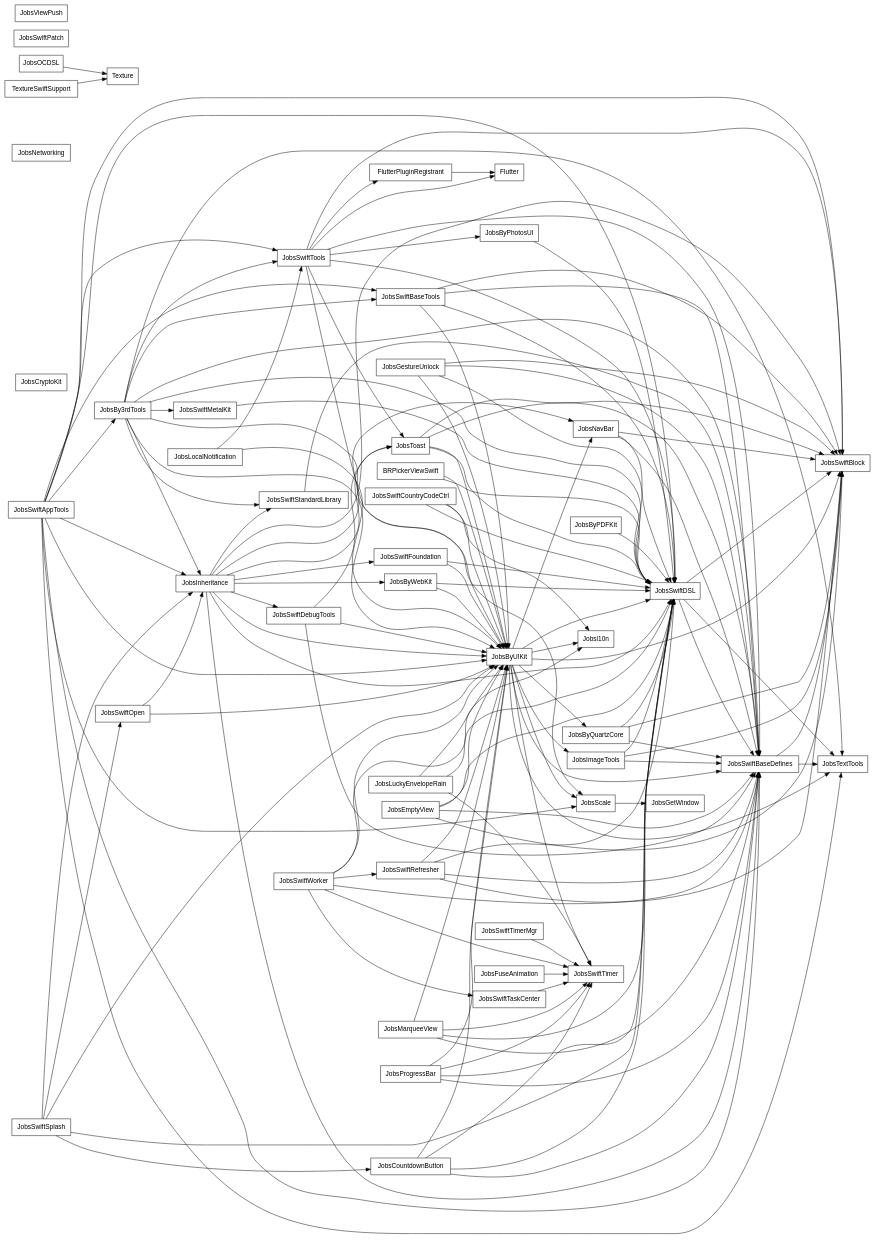
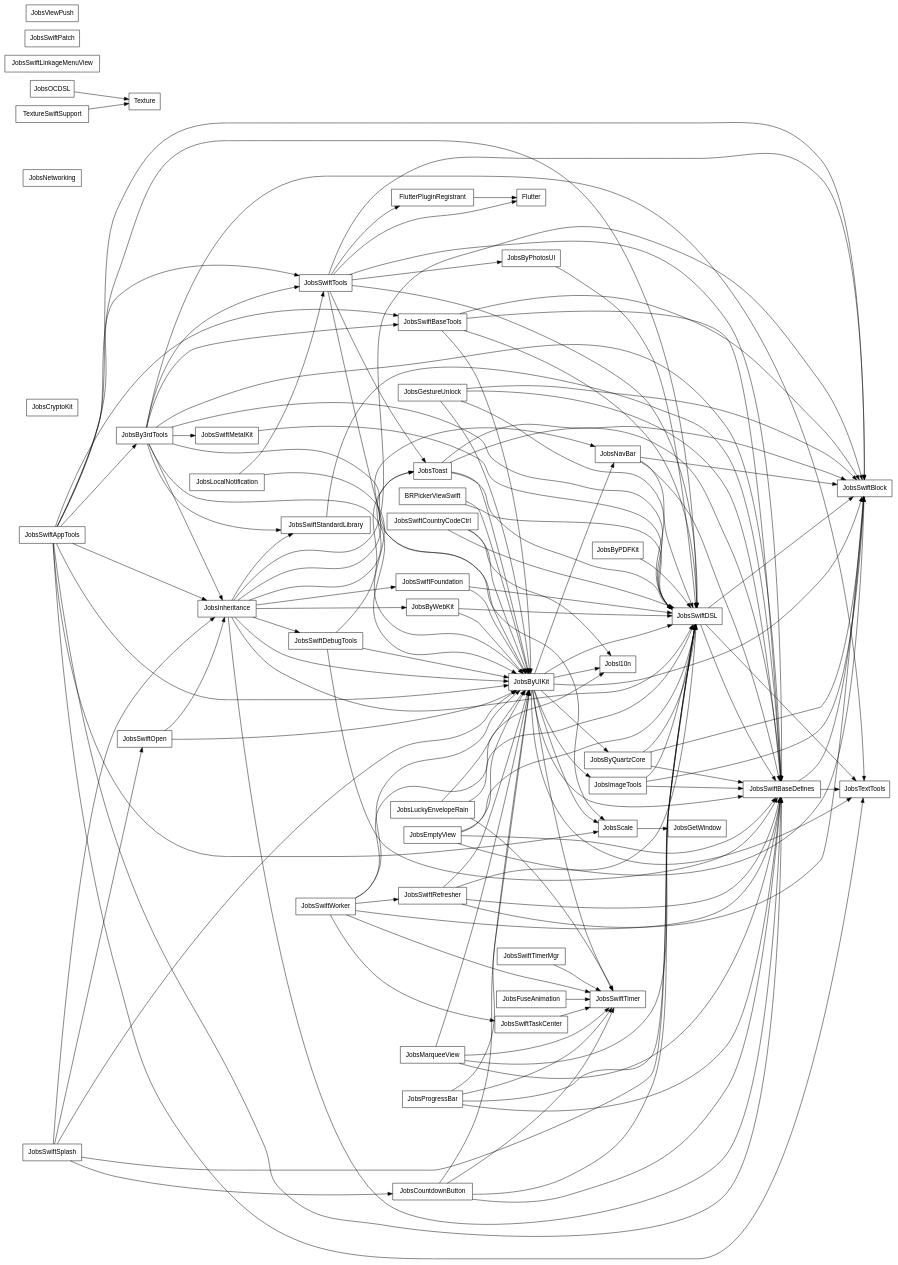
The diagram in PodspecDependencyReport/PodspecDependencies_internal.dot (JobsKits/JobsSwiftBaseConfigDemo), drawn with Graphviz before and after one commit. The commit also changed 22 other files, not shown here.

```diff
--- a/PodspecDependencyReport/PodspecDependencies_internal.dot
+++ b/PodspecDependencyReport/PodspecDependencies_internal.dot
@@ -1,189 +1,190 @@
 digraph PodspecDependencies {
   rankdir=LR;
   node [shape=box, fontname="Helvetica"];
   "BRPickerViewSwift";
   "Flutter";
   "FlutterPluginRegistrant";
   "JobsBy3rdTools";
   "JobsByPDFKit";
   "JobsByPhotosUI";
   "JobsByQuartzCore";
   "JobsByUIKit";
   "JobsByWebKit";
   "JobsCountdownButton";
   "JobsCryptoKit";
   "JobsEmptyView";
   "JobsFuseAnimation";
   "JobsGestureUnlock";
   "JobsGetWindow";
   "JobsImageTools";
   "JobsInheritance";
   "JobsLocalNotification";
   "JobsLuckyEnvelopeRain";
   "JobsMarqueeView";
   "JobsNavBar";
   "JobsNetworking";
   "JobsOCDSL";
   "JobsProgressBar";
   "JobsScale";
   "JobsSwiftAppTools";
   "JobsSwiftBaseDefines";
   "JobsSwiftBaseTools";
   "JobsSwiftBlock";
   "JobsSwiftCountryCodeCtrl";
   "JobsSwiftDSL";
   "JobsSwiftDebugTools";
   "JobsSwiftFoundation";
+  "JobsSwiftLinkageMenuView";
   "JobsSwiftMetalKit";
   "JobsSwiftOpen";
   "JobsSwiftPatch";
   "JobsSwiftRefresher";
   "JobsSwiftSplash";
   "JobsSwiftStandardLibrary";
   "JobsSwiftTaskCenter";
   "JobsSwiftTimer";
   "JobsSwiftTimerMgr";
   "JobsSwiftTools";
   "JobsSwiftWorker";
   "JobsTextTools";
   "JobsToast";
   "JobsViewPush";
   "Jobsl10n";
   "Texture";
   "TextureSwiftSupport";
   "BRPickerViewSwift" -> "JobsByUIKit";
   "BRPickerViewSwift" -> "JobsSwiftDSL";
   "FlutterPluginRegistrant" -> "Flutter";
   "JobsBy3rdTools" -> "JobsByUIKit";
   "JobsBy3rdTools" -> "JobsInheritance";
   "JobsBy3rdTools" -> "JobsScale";
   "JobsBy3rdTools" -> "JobsSwiftBaseDefines";
   "JobsBy3rdTools" -> "JobsSwiftBaseTools";
   "JobsBy3rdTools" -> "JobsSwiftDSL";
   "JobsBy3rdTools" -> "JobsSwiftMetalKit";
   "JobsBy3rdTools" -> "JobsSwiftStandardLibrary";
   "JobsBy3rdTools" -> "JobsSwiftTools";
   "JobsBy3rdTools" -> "JobsTextTools";
   "JobsByPDFKit" -> "JobsSwiftDSL";
   "JobsByPhotosUI" -> "JobsSwiftDSL";
   "JobsByQuartzCore" -> "JobsSwiftBaseDefines";
   "JobsByQuartzCore" -> "JobsSwiftBlock";
   "JobsByQuartzCore" -> "JobsSwiftDSL";
   "JobsByUIKit" -> "JobsByQuartzCore";
   "JobsByUIKit" -> "JobsImageTools";
   "JobsByUIKit" -> "JobsNavBar";
   "JobsByUIKit" -> "JobsScale";
   "JobsByUIKit" -> "JobsSwiftBaseDefines";
   "JobsByUIKit" -> "JobsSwiftBlock";
   "JobsByUIKit" -> "JobsSwiftDSL";
   "JobsByUIKit" -> "JobsSwiftTimer";
   "JobsByUIKit" -> "JobsTextTools";
   "JobsByUIKit" -> "Jobsl10n";
   "JobsByWebKit" -> "JobsByUIKit";
   "JobsByWebKit" -> "JobsSwiftDSL";
   "JobsCountdownButton" -> "JobsByUIKit";
   "JobsCountdownButton" -> "JobsSwiftBaseDefines";
   "JobsCountdownButton" -> "JobsSwiftDSL";
   "JobsCountdownButton" -> "JobsSwiftTimer";
   "JobsEmptyView" -> "JobsByUIKit";
   "JobsEmptyView" -> "JobsSwiftBaseDefines";
   "JobsEmptyView" -> "JobsSwiftBlock";
   "JobsEmptyView" -> "JobsSwiftDSL";
   "JobsFuseAnimation" -> "JobsSwiftTimer";
   "JobsGestureUnlock" -> "JobsByUIKit";
   "JobsGestureUnlock" -> "JobsSwiftBaseDefines";
   "JobsGestureUnlock" -> "JobsSwiftBlock";
   "JobsGestureUnlock" -> "JobsSwiftDSL";
   "JobsImageTools" -> "JobsSwiftBaseDefines";
   "JobsImageTools" -> "JobsSwiftBlock";
   "JobsImageTools" -> "JobsSwiftDSL";
   "JobsInheritance" -> "JobsByUIKit";
   "JobsInheritance" -> "JobsByWebKit";
   "JobsInheritance" -> "JobsNavBar";
   "JobsInheritance" -> "JobsSwiftBaseDefines";
   "JobsInheritance" -> "JobsSwiftBlock";
   "JobsInheritance" -> "JobsSwiftDSL";
   "JobsInheritance" -> "JobsSwiftDebugTools";
   "JobsInheritance" -> "JobsSwiftFoundation";
   "JobsInheritance" -> "JobsSwiftStandardLibrary";
   "JobsInheritance" -> "JobsToast";
   "JobsLocalNotification" -> "JobsByUIKit";
   "JobsLocalNotification" -> "JobsSwiftTools";
   "JobsLuckyEnvelopeRain" -> "JobsByUIKit";
   "JobsLuckyEnvelopeRain" -> "JobsSwiftDSL";
   "JobsLuckyEnvelopeRain" -> "JobsSwiftTimer";
   "JobsMarqueeView" -> "JobsByUIKit";
   "JobsMarqueeView" -> "JobsSwiftBaseDefines";
   "JobsMarqueeView" -> "JobsSwiftDSL";
   "JobsMarqueeView" -> "JobsSwiftTimer";
   "JobsNavBar" -> "JobsSwiftBaseDefines";
   "JobsNavBar" -> "JobsSwiftBlock";
   "JobsNavBar" -> "JobsSwiftDSL";
   "JobsOCDSL" -> "Texture";
   "JobsProgressBar" -> "JobsByUIKit";
   "JobsProgressBar" -> "JobsSwiftBaseDefines";
   "JobsProgressBar" -> "JobsSwiftDSL";
   "JobsProgressBar" -> "JobsSwiftTimer";
   "JobsScale" -> "JobsGetWindow";
   "JobsSwiftAppTools" -> "JobsBy3rdTools";
   "JobsSwiftAppTools" -> "JobsByUIKit";
   "JobsSwiftAppTools" -> "JobsInheritance";
   "JobsSwiftAppTools" -> "JobsScale";
   "JobsSwiftAppTools" -> "JobsSwiftBaseDefines";
   "JobsSwiftAppTools" -> "JobsSwiftBaseTools";
   "JobsSwiftAppTools" -> "JobsSwiftBlock";
   "JobsSwiftAppTools" -> "JobsSwiftDSL";
   "JobsSwiftAppTools" -> "JobsSwiftTools";
   "JobsSwiftAppTools" -> "JobsTextTools";
   "JobsSwiftBaseDefines" -> "JobsSwiftBlock";
   "JobsSwiftBaseDefines" -> "JobsTextTools";
   "JobsSwiftBaseTools" -> "JobsByUIKit";
   "JobsSwiftBaseTools" -> "JobsSwiftBaseDefines";
   "JobsSwiftBaseTools" -> "JobsSwiftBlock";
   "JobsSwiftBaseTools" -> "JobsSwiftDSL";
   "JobsSwiftCountryCodeCtrl" -> "JobsByUIKit";
   "JobsSwiftCountryCodeCtrl" -> "JobsSwiftDSL";
   "JobsSwiftCountryCodeCtrl" -> "Jobsl10n";
   "JobsSwiftDSL" -> "JobsSwiftBaseDefines";
   "JobsSwiftDSL" -> "JobsSwiftBlock";
   "JobsSwiftDSL" -> "JobsTextTools";
   "JobsSwiftDebugTools" -> "JobsByUIKit";
   "JobsSwiftDebugTools" -> "JobsSwiftBaseDefines";
   "JobsSwiftDebugTools" -> "JobsToast";
   "JobsSwiftFoundation" -> "JobsByUIKit";
   "JobsSwiftFoundation" -> "JobsSwiftDSL";
   "JobsSwiftMetalKit" -> "JobsSwiftDSL";
   "JobsSwiftOpen" -> "JobsByUIKit";
   "JobsSwiftOpen" -> "JobsInheritance";
   "JobsSwiftRefresher" -> "JobsByUIKit";
   "JobsSwiftRefresher" -> "JobsSwiftBaseDefines";
   "JobsSwiftRefresher" -> "JobsSwiftBlock";
   "JobsSwiftRefresher" -> "JobsSwiftDSL";
   "JobsSwiftSplash" -> "JobsByUIKit";
   "JobsSwiftSplash" -> "JobsCountdownButton";
   "JobsSwiftSplash" -> "JobsInheritance";
   "JobsSwiftSplash" -> "JobsSwiftDSL";
   "JobsSwiftSplash" -> "JobsSwiftOpen";
   "JobsSwiftStandardLibrary" -> "JobsSwiftBaseDefines";
   "JobsSwiftTaskCenter" -> "JobsSwiftTimer";
   "JobsSwiftTimerMgr" -> "JobsSwiftTimer";
   "JobsSwiftTools" -> "Flutter";
   "JobsSwiftTools" -> "FlutterPluginRegistrant";
   "JobsSwiftTools" -> "JobsByPhotosUI";
   "JobsSwiftTools" -> "JobsByUIKit";
   "JobsSwiftTools" -> "JobsSwiftBaseDefines";
   "JobsSwiftTools" -> "JobsSwiftBlock";
   "JobsSwiftTools" -> "JobsSwiftDSL";
   "JobsSwiftTools" -> "JobsToast";
   "JobsSwiftWorker" -> "JobsByUIKit";
   "JobsSwiftWorker" -> "JobsSwiftBaseDefines";
   "JobsSwiftWorker" -> "JobsSwiftRefresher";
   "JobsSwiftWorker" -> "JobsSwiftTaskCenter";
   "JobsSwiftWorker" -> "JobsSwiftTimer";
   "JobsSwiftWorker" -> "Jobsl10n";
   "JobsToast" -> "JobsByUIKit";
   "JobsToast" -> "JobsSwiftBaseDefines";
   "JobsToast" -> "JobsSwiftBlock";
   "JobsToast" -> "JobsSwiftDSL";
   "TextureSwiftSupport" -> "Texture";
 }
```
